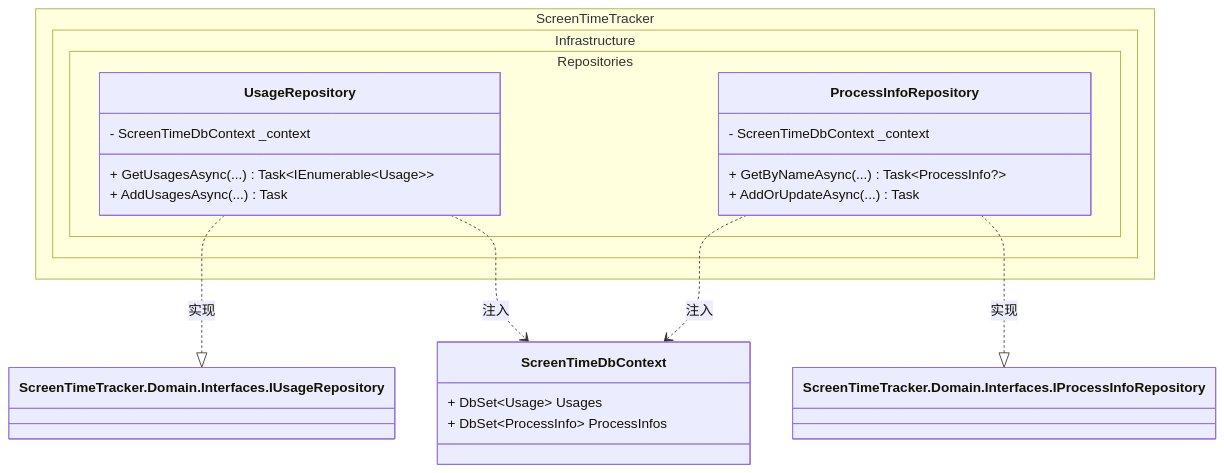
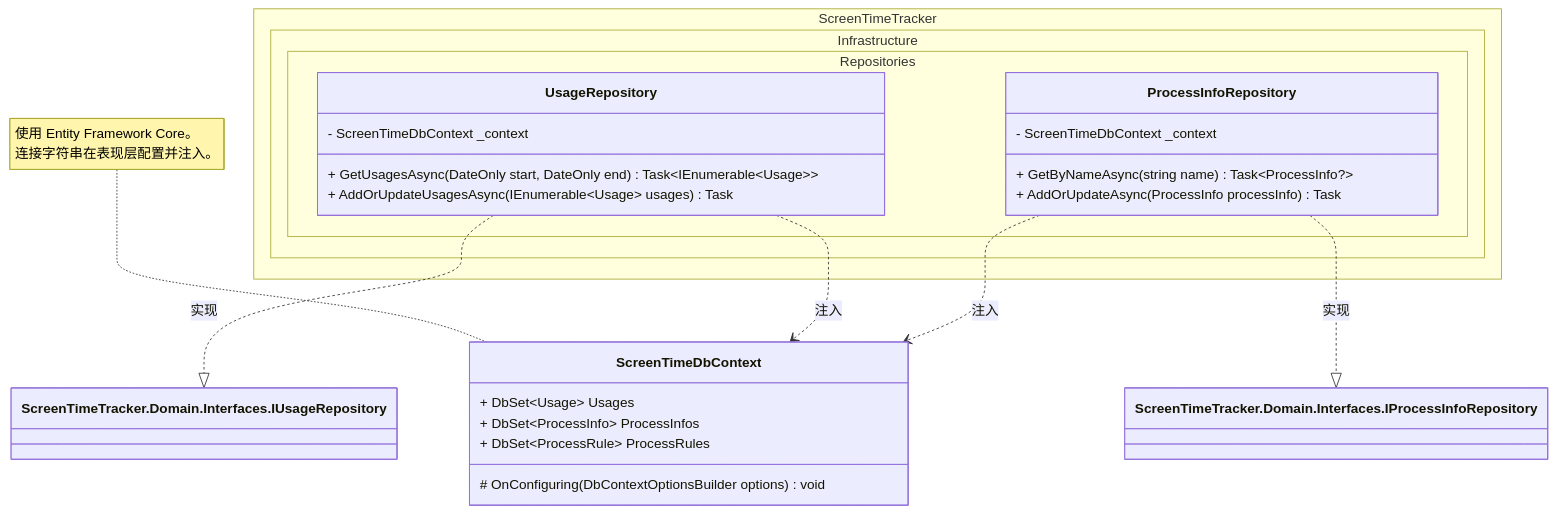
Before and after one commit to LaLa-HaHa-Hei/ScreenTimeTracker: the fourth of 6 diagrams in docs/class-diagram.md, drawn with Mermaid. The commit also changed other lines of this file, not shown here.

Commit message:
更新类图

````diff
--- a/docs/class-diagram.md
+++ b/docs/class-diagram.md
@@ -155,26 +177,30 @@
 ```mermaid 
 classDiagram
     direction TB
     class ScreenTimeDbContext {
         + DbSet~Usage~ Usages
         + DbSet~ProcessInfo~ ProcessInfos
+        + DbSet~ProcessRule~ ProcessRules
+        # OnConfiguring(DbContextOptionsBuilder options) void
     }
+    note for ScreenTimeDbContext "使用 Entity Framework Core。<br/>连接字符串在表现层配置并注入。"
+
     namespace ScreenTimeTracker.Infrastructure.Repositories {
         class UsageRepository {
             - ScreenTimeDbContext _context
-            + GetUsagesAsync(...) Task~IEnumerable~Usage~~
-            + AddUsagesAsync(...) Task
+            + GetUsagesAsync(DateOnly start, DateOnly end) Task~IEnumerable~Usage~~
+            + AddOrUpdateUsagesAsync(IEnumerable~Usage~ usages) Task
         }
         class ProcessInfoRepository {
             - ScreenTimeDbContext _context
-            + GetByNameAsync(...) Task~ProcessInfo?~
-            + AddOrUpdateAsync(...) Task
+            + GetByNameAsync(string name) Task~ProcessInfo?~
+            + AddOrUpdateAsync(ProcessInfo processInfo) Task
         }
     }
 
     %% Dependencies
     UsageRepository ..|> ScreenTimeTracker.Domain.Interfaces.IUsageRepository : 实现
     ProcessInfoRepository ..|> ScreenTimeTracker.Domain.Interfaces.IProcessInfoRepository : 实现
     UsageRepository ..> ScreenTimeDbContext : 注入
     ProcessInfoRepository ..> ScreenTimeDbContext : 注入
 ```
````
